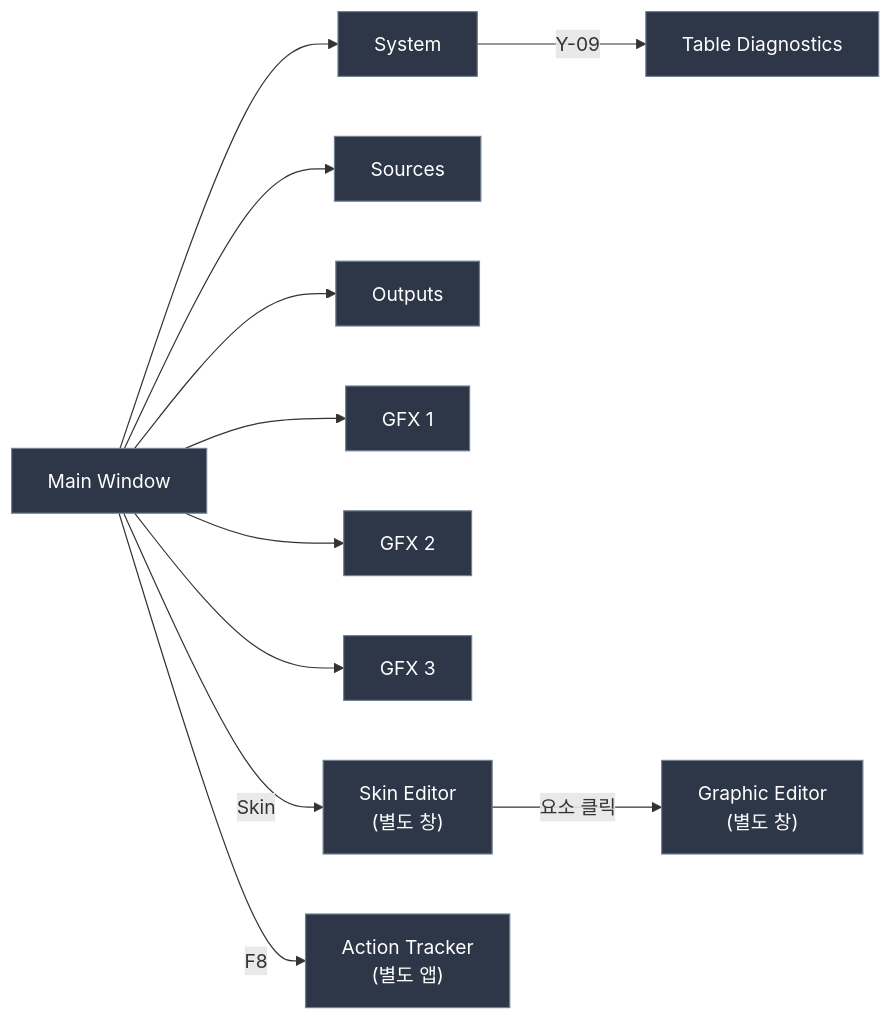
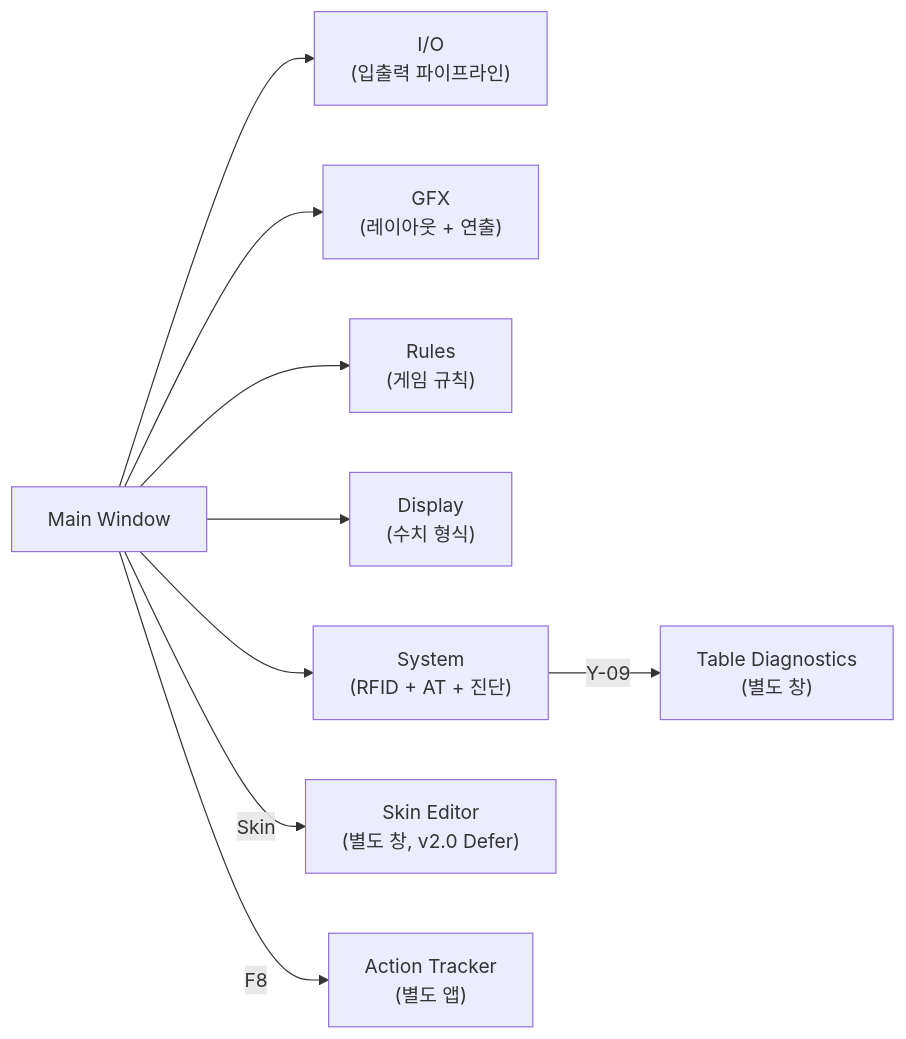
Before and after one commit to garimto81/ebs: the second of 2 diagrams in docs/01_PokerGFX_Analysis/PRD-0004-EBS-Server-UI-Design.md, drawn with Mermaid. The commit also changed other lines of this file and 3 other files, not shown here.

````diff
--- a/docs/01_PokerGFX_Analysis/PRD-0004-EBS-Server-UI-Design.md
+++ b/docs/01_PokerGFX_Analysis/PRD-0004-EBS-Server-UI-Design.md
@@ -834,14 +695,11 @@
 ```mermaid
 flowchart LR
-    classDef default fill:#2d3748,stroke:#718096,color:#ffffff
-    MW["Main Window"] --> SYS["System"]
-    MW --> SRC["Sources"]
-    MW --> OUT["Outputs"]
-    MW --> GFX1["GFX 1"]
-    MW --> GFX2["GFX 2"]
-    MW --> GFX3["GFX 3"]
-    SYS -->|"Y-09"| TDG["Table Diagnostics"]
-    MW -->|"Skin"| SKE["Skin Editor<br/>(별도 창)"]
-    SKE -->|"요소 클릭"| GRE["Graphic Editor<br/>(별도 창)"]
+    MW["Main Window"] --> IO["I/O<br/>(입출력 파이프라인)"]
+    MW --> GFX["GFX<br/>(레이아웃 + 연출)"]
+    MW --> RU["Rules<br/>(게임 규칙)"]
+    MW --> DI["Display<br/>(수치 형식)"]
+    MW --> SYS["System<br/>(RFID + AT + 진단)"]
+    SYS -->|"Y-09"| TDG["Table Diagnostics<br/>(별도 창)"]
+    MW -->|"Skin"| SKE["Skin Editor<br/>(별도 창, v2.0 Defer)"]
     MW -->|"F8"| AT["Action Tracker<br/>(별도 앱)"]
 ```
````
